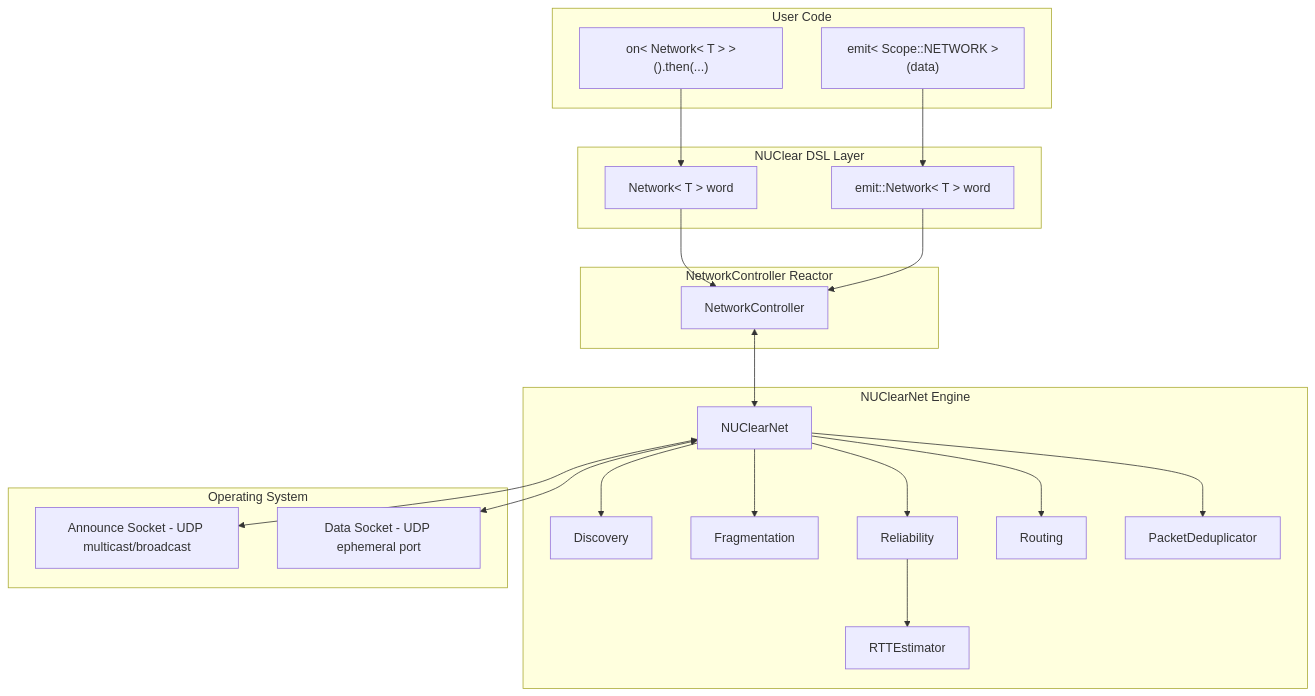
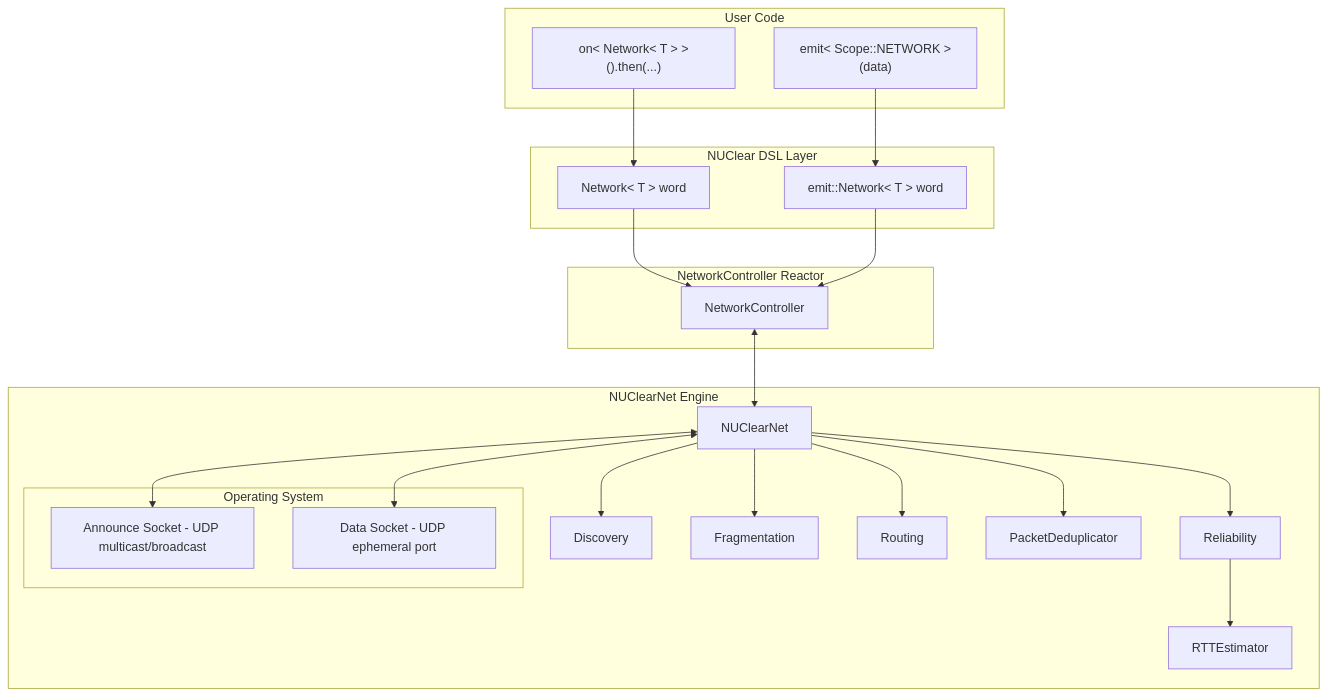
Before and after one commit to Fastcode/NUClear: the second of 12 diagrams in docs/explanation/nuclearnet.md, drawn with Mermaid. The commit also changed other lines of this file, not shown here.

````diff
--- a/docs/explanation/nuclearnet.md
+++ b/docs/explanation/nuclearnet.md
@@ -35,43 +35,43 @@
 ```mermaid
 graph TB
     subgraph "User Code"
         DSL["on< Network< T > >().then(...)"]
         EMIT["emit< Scope::NETWORK >(data)"]
     end
 
     subgraph "NUClear DSL Layer"
         NW["Network< T > word"]
         NE["emit::Network< T > word"]
     end
 
     subgraph "NetworkController Reactor"
         NC[NetworkController]
     end
 
     subgraph "NUClearNet Engine"
         NN[NUClearNet]
         DISC[Discovery]
         FRAG[Fragmentation]
         REL[Reliability]
         ROUTE[Routing]
         DEDUP[PacketDeduplicator]
         RTT[RTTEstimator]
-    end
 
-    subgraph "Operating System"
-        AS[Announce Socket - UDP multicast/broadcast]
-        DS[Data Socket - UDP ephemeral port]
+        subgraph "Operating System"
+            AS[Announce Socket - UDP multicast/broadcast]
+            DS[Data Socket - UDP ephemeral port]
+        end
     end
 
     DSL --> NW --> NC
     EMIT --> NE --> NC
     NC <--> NN
     NN --> DISC
     NN --> FRAG
     NN --> REL
     NN --> ROUTE
     NN --> DEDUP
     REL --> RTT
     NN <--> AS
     NN <--> DS
 ```
````
